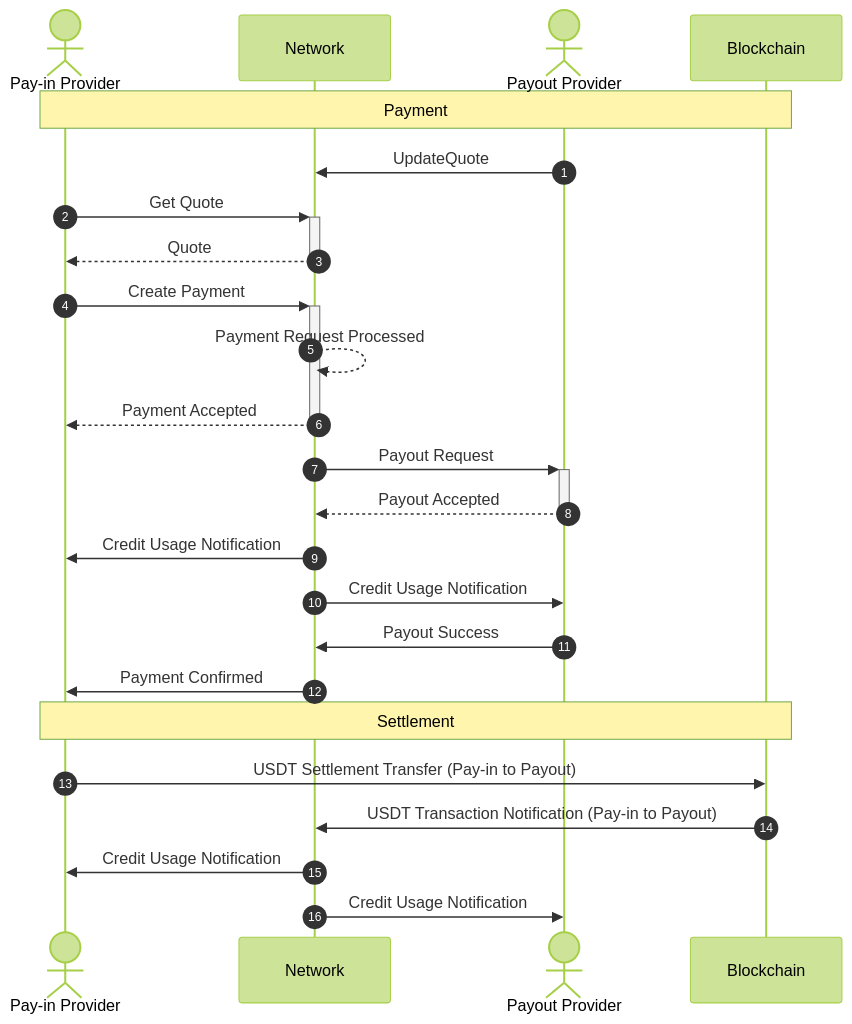
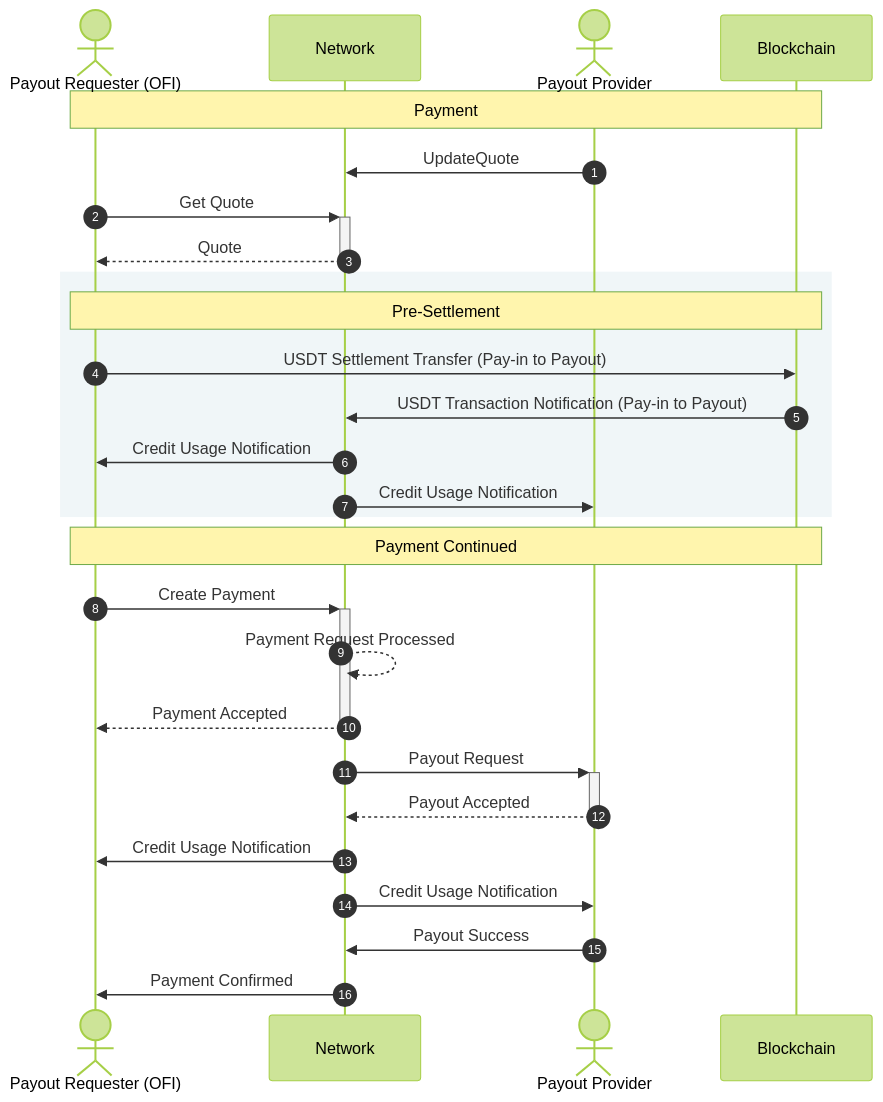
Before and after one commit to t-0-network/t-0-network.github.io: the diagram in content/docs/network/payment-flow.md, drawn with Mermaid (forest theme). The commit also changed other lines of this file, not shown here.

First line of the commit message:
Reorder payment flow: settlement before payment (#32)

````diff
--- a/content/docs/network/payment-flow.md
+++ b/content/docs/network/payment-flow.md
@@ -14,33 +16,38 @@
 ```mermaid
 sequenceDiagram
-    actor PIP as Pay-in Provider
+    actor PIP as Payout Requester (OFI)
     participant N as Network
     actor POP as Payout Provider
     participant BC as Blockchain
 
     autonumber
     Note over PIP, BC: Payment
 
     POP->>N: UpdateQuote
     PIP->>+N: Get Quote
     N-->>-PIP: Quote
+
+    rect rgb(240, 246, 248)
+        Note over PIP, BC: Pre-Settlement
+
+        PIP->>BC: USDT Settlement Transfer (Pay-in to Payout)
+        BC->>N: USDT Transaction Notification (Pay-in to Payout)
+        N->>PIP: Credit Usage Notification
+        N->>POP: Credit Usage Notification
+    end
+
+    Note over PIP, BC: Payment Continued
+
     PIP->>+N: Create Payment
     N-->>N: Payment Request Processed
     N-->>-PIP: Payment Accepted
 
     N->>+POP: Payout Request
     POP-->>-N: Payout Accepted
 
     N->>PIP: Credit Usage Notification
     N->>POP: Credit Usage Notification
 
     POP->>N: Payout Success
     N->>PIP: Payment Confirmed
-
-    Note over PIP, BC: Settlement
-
-    PIP->>BC: USDT Settlement Transfer (Pay-in to Payout)
-    BC->>N: USDT Transaction Notification (Pay-in to Payout)
-    N->>PIP: Credit Usage Notification
-    N->>POP: Credit Usage Notification
 ```
````
